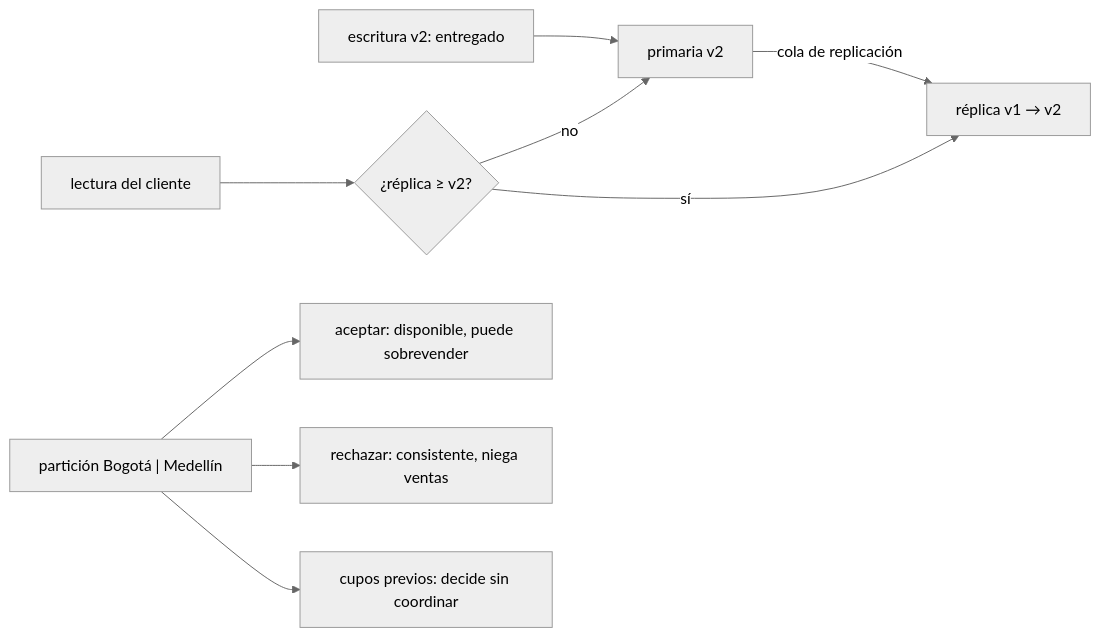
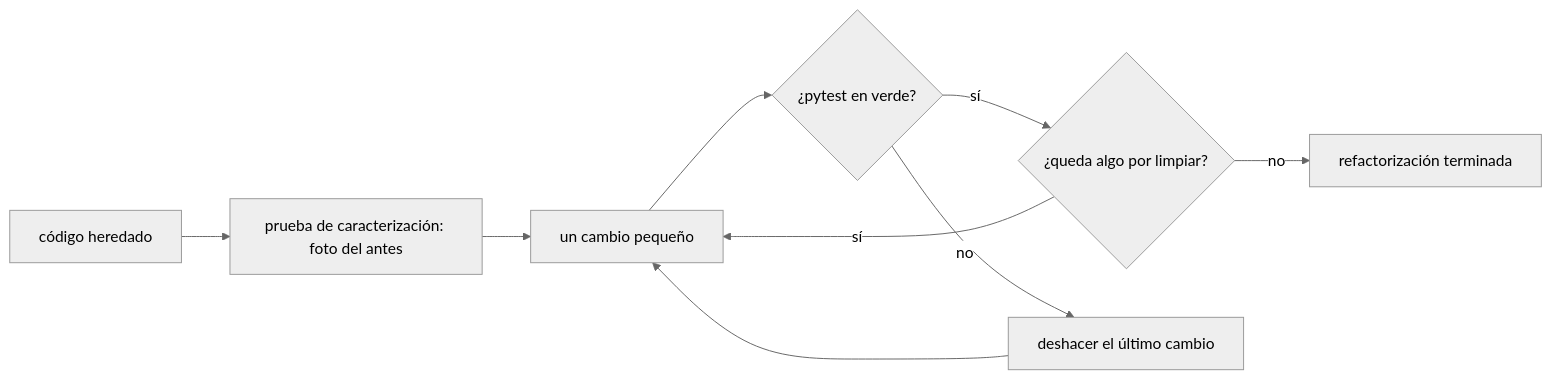
The first of 4 diagrams in web/public/content/foundations/modulo-10.md (NICORUIZ93/The_Imperial_Book), drawn with Mermaid (neutral theme) before and after one commit. The commit also changed other lines of this file and 305 other files, not shown here.

````diff
--- a/web/public/content/foundations/modulo-10.md
+++ b/web/public/content/foundations/modulo-10.md
@@ -542,11 +114,10 @@
 ```mermaid
 flowchart LR
-    W["escritura v2: entregado"] --> P["primaria v2"]
-    P -->|"cola de replicación"| R["réplica v1 → v2"]
-    L["lectura del cliente"] --> Q{"¿réplica ≥ v2?"}
-    Q -->|"sí"| R
-    Q -->|"no"| P
-    X["partición Bogotá | Medellín"] --> A["aceptar: disponible, puede sobrevender"]
-    X --> C["rechazar: consistente, niega ventas"]
-    X --> K["cupos previos: decide sin coordinar"]
+    V["código heredado"] --> C["prueba de caracterización: foto del antes"]
+    C --> P["un cambio pequeño"]
+    P --> T{"¿pytest en verde?"}
+    T -- "sí" --> S{"¿queda algo por limpiar?"}
+    S -- "sí" --> P
+    S -- "no" --> F["refactorización terminada"]
+    T -- "no" --> D["deshacer el último cambio"] --> P
 ```
````
